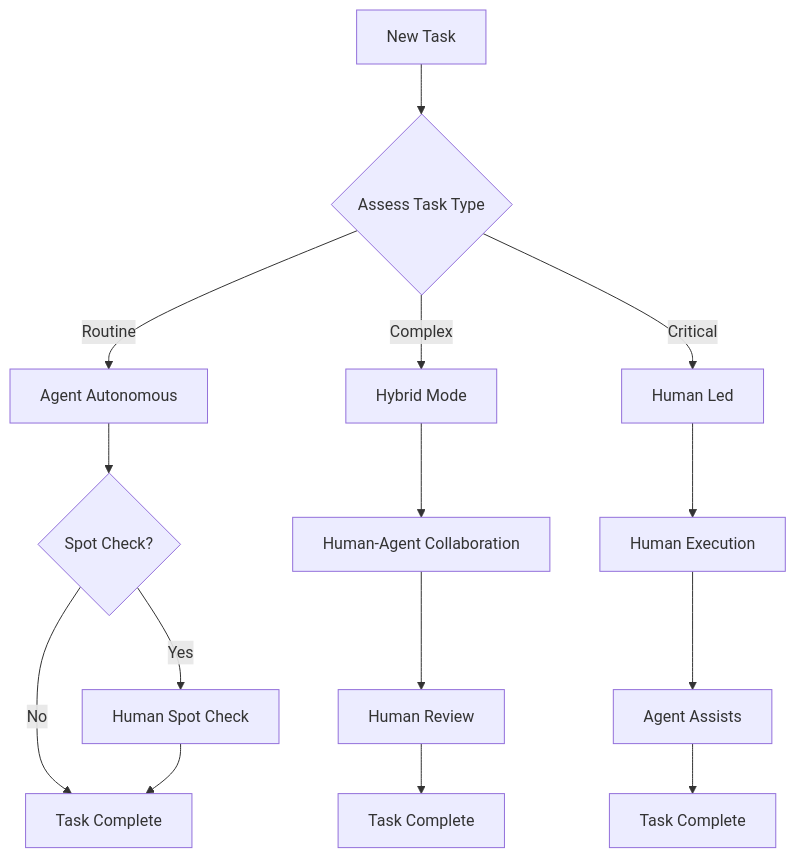
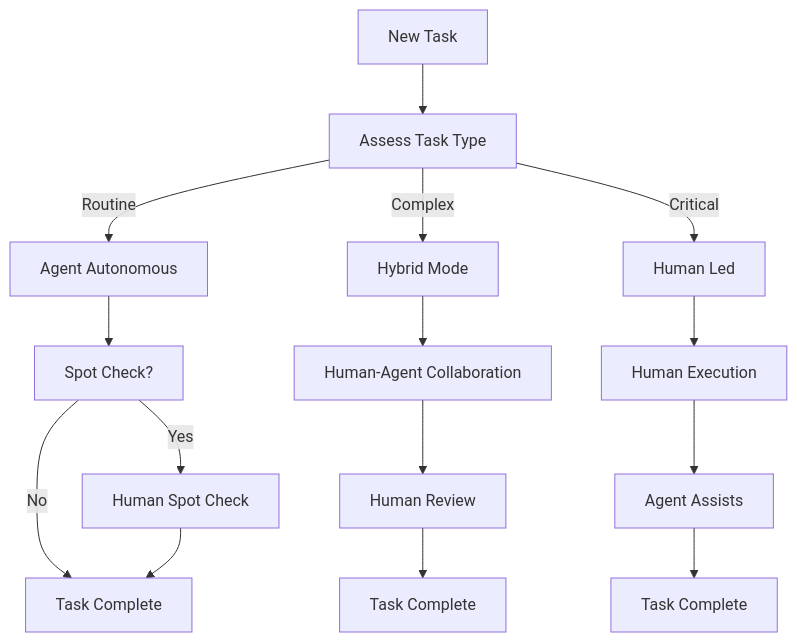
The second of 3 diagrams in content/en/docs/guides/hybridOps/workflow-diagram.mdx (bychrisr/aios-docs), drawn with Mermaid before and after one commit. The commit also changed other lines of this file and 40 other files, not shown here.

````diff
--- a/content/en/docs/guides/hybridOps/workflow-diagram.mdx
+++ b/content/en/docs/guides/hybridOps/workflow-diagram.mdx
@@ -175,21 +175,21 @@
 ```mermaid
 flowchart TD
-    Start[New Task] --> Assess{Assess Task Type}
+    Start[New Task] --> Assess[Assess Task Type]
 
     Assess -->|Routine| Auto[Agent Autonomous]
     Assess -->|Complex| Hybrid[Hybrid Mode]
     Assess -->|Critical| Human[Human Led]
 
-    Auto --> Review1{Spot Check?}
+    Auto --> Review1[Spot Check?]
     Review1 -->|Yes| Check[Human Spot Check]
     Review1 -->|No| Complete1[Task Complete]
     Check --> Complete1
 
     Hybrid --> Collab[Human-Agent Collaboration]
     Collab --> Review2[Human Review]
     Review2 --> Complete2[Task Complete]
 
     Human --> Manual[Human Execution]
     Manual --> AgentAssist[Agent Assists]
     AgentAssist --> Complete3[Task Complete]
 ```
````
